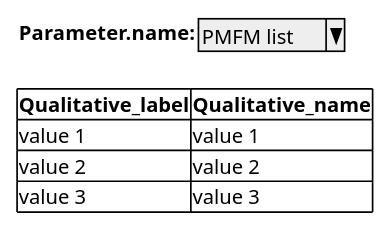
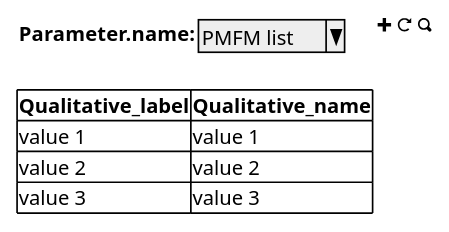
Before and after one commit to sumaris-net/sumaris-doc: the diagram in use-case/administration/parameter-ui.puml, drawn with PlantUML. The commit also changed 24 other files, not shown here.

```diff
--- a/use-case/administration/parameter-ui.puml
+++ b/use-case/administration/parameter-ui.puml
@@ -1,12 +1,12 @@
 @startsalt
 {
-  { <b>Parameter.name: | ^PMFM list^ }
+  { <b>Parameter.name: | ^PMFM list^ } | <&plus> | <&reload> | <&magnifying-glass>
 .
 {#
 <b>Qualitative_label | <b>Qualitative_name
 value 1 | value 1
 value 2 | value 2
 value 3 | value 3
 }
 }
 @endsalt
```
